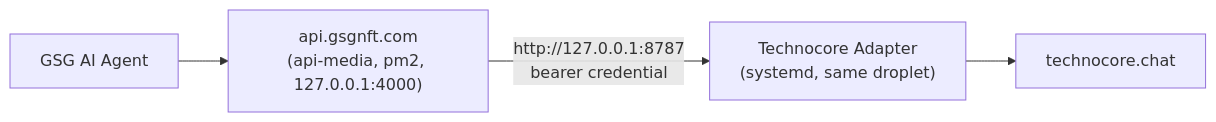
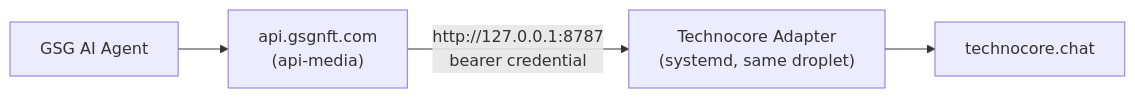
Before and after one commit to GSGOfficial/GSG-Technocore-Adapter: the diagram in docs/gsgnft-integration.md, drawn with Mermaid. The commit also changed other lines of this file and 17 other files, not shown here.

````diff
--- a/docs/gsgnft-integration.md
+++ b/docs/gsgnft-integration.md
@@ -12,6 +12,6 @@
 ```mermaid
 flowchart LR
-    A["GSG AI Agent"] --> B["api.gsgnft.com\n(api-media, pm2, 127.0.0.1:4000)"]
+    A["GSG AI Agent"] --> B["api.gsgnft.com\n(api-media)"]
     B -- "http://127.0.0.1:8787\nbearer credential" --> C["Technocore Adapter\n(systemd, same droplet)"]
     C --> D["technocore.chat"]
 ```
````
